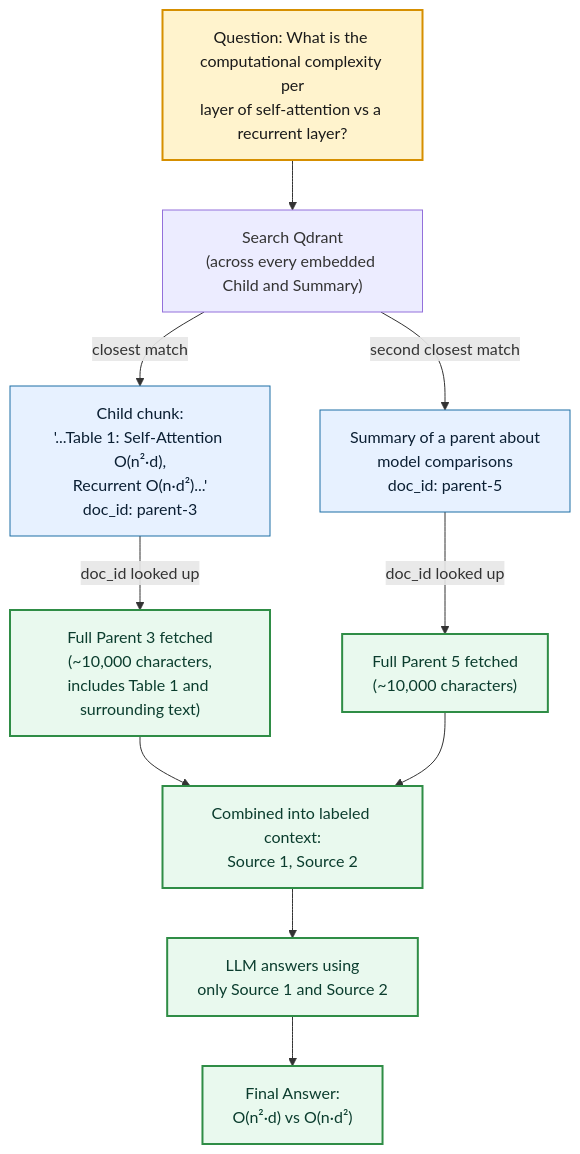
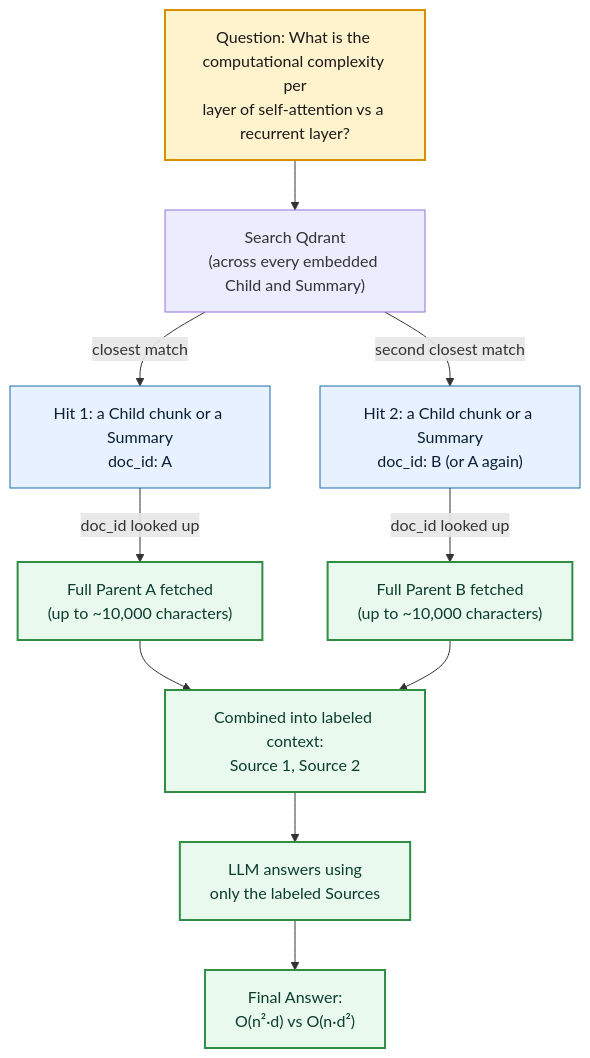
Before and after one commit to CogKnowEdge-Solutions/Context-Memory-Layer: the fourth of 5 diagrams in RAG-Labs/section-2-retrieval-variations/lab-03-multivector-parent-child/lab1_langchain.md, drawn with Mermaid. The commit also changed other lines of this file and 80 other files, not shown here.

````diff
--- a/RAG-Labs/section-2-retrieval-variations/lab-03-multivector-parent-child/lab1_langchain.md
+++ b/RAG-Labs/section-2-retrieval-variations/lab-03-multivector-parent-child/lab1_langchain.md
@@ -111,25 +122,25 @@
 ```mermaid
 flowchart TB
     Q["Question: What is the computational complexity per<br/>layer of self-attention vs a recurrent layer?"]
 
     Q --> Search["Search Qdrant<br/>(across every embedded Child and Summary)"]
 
-    Search -->|"closest match"| M1["Child chunk:<br/>'...Table 1: Self-Attention O(n²·d),<br/>Recurrent O(n·d²)...'<br/>doc_id: parent-3"]
-    Search -->|"second closest match"| M2["Summary of a parent about<br/>model comparisons<br/>doc_id: parent-5"]
+    Search -->|"closest match"| M1["Hit 1: a Child chunk or a Summary<br/>doc_id: A"]
+    Search -->|"second closest match"| M2["Hit 2: a Child chunk or a Summary<br/>doc_id: B (or A again)"]
 
-    M1 -->|"doc_id looked up"| P1["Full Parent 3 fetched<br/>(~10,000 characters,<br/>includes Table 1 and surrounding text)"]
-    M2 -->|"doc_id looked up"| P2["Full Parent 5 fetched<br/>(~10,000 characters)"]
+    M1 -->|"doc_id looked up"| P1["Full Parent A fetched<br/>(up to ~10,000 characters)"]
+    M2 -->|"doc_id looked up"| P2["Full Parent B fetched<br/>(up to ~10,000 characters)"]
 
     P1 --> Ctx["Combined into labeled context:<br/>Source 1, Source 2"]
     P2 --> Ctx
 
-    Ctx --> LLM["LLM answers using<br/>only Source 1 and Source 2"]
+    Ctx --> LLM["LLM answers using<br/>only the labeled Sources"]
     LLM --> Ans["Final Answer:<br/>O(n²·d) vs O(n·d²)"]
 
     classDef qStyle fill:#fff3cd,stroke:#d68f00,stroke-width:2px,color:#1a1a1a
     classDef matchStyle fill:#e7f1ff,stroke:#1d6fa5,stroke-width:1px,color:#0b1f33
     classDef parentStyle fill:#e9f9ee,stroke:#2f8d46,stroke-width:2px,color:#0b3d2e
     class Q qStyle
     class M1,M2 matchStyle
     class P1,P2,Ctx,LLM,Ans parentStyle
 ```
````
